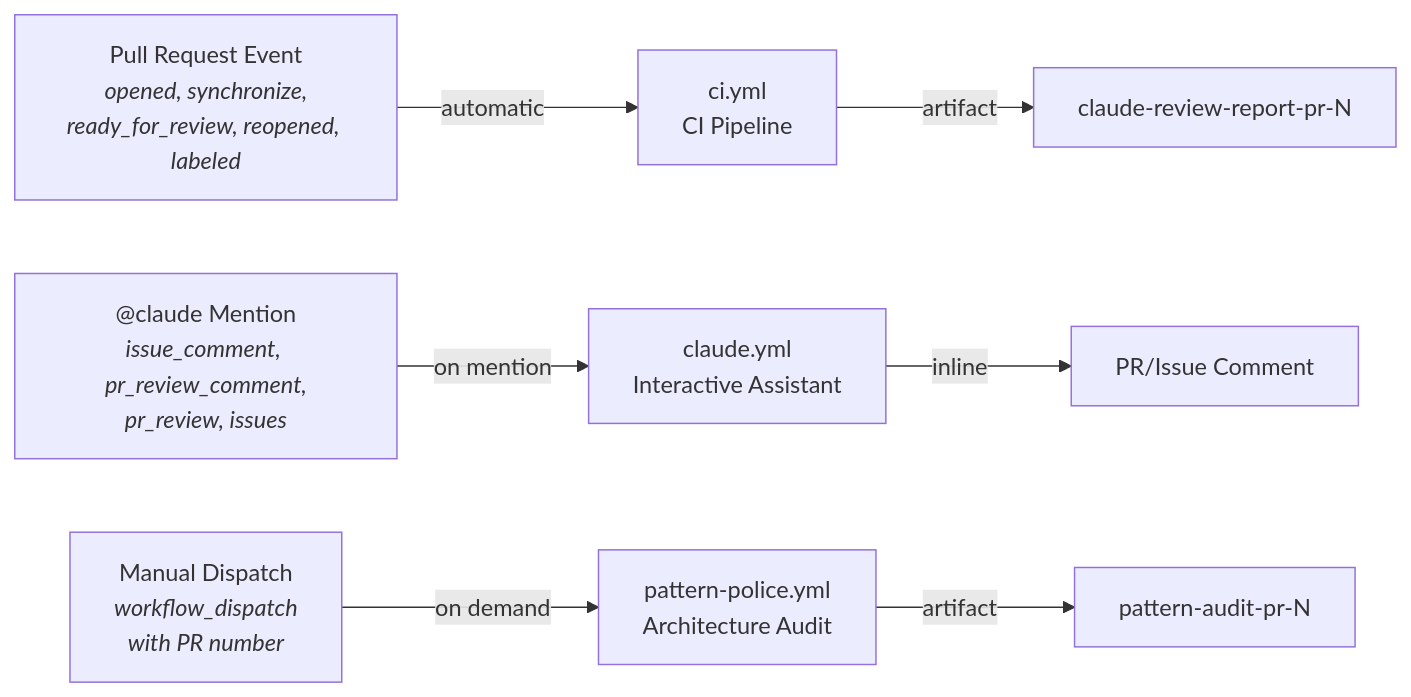
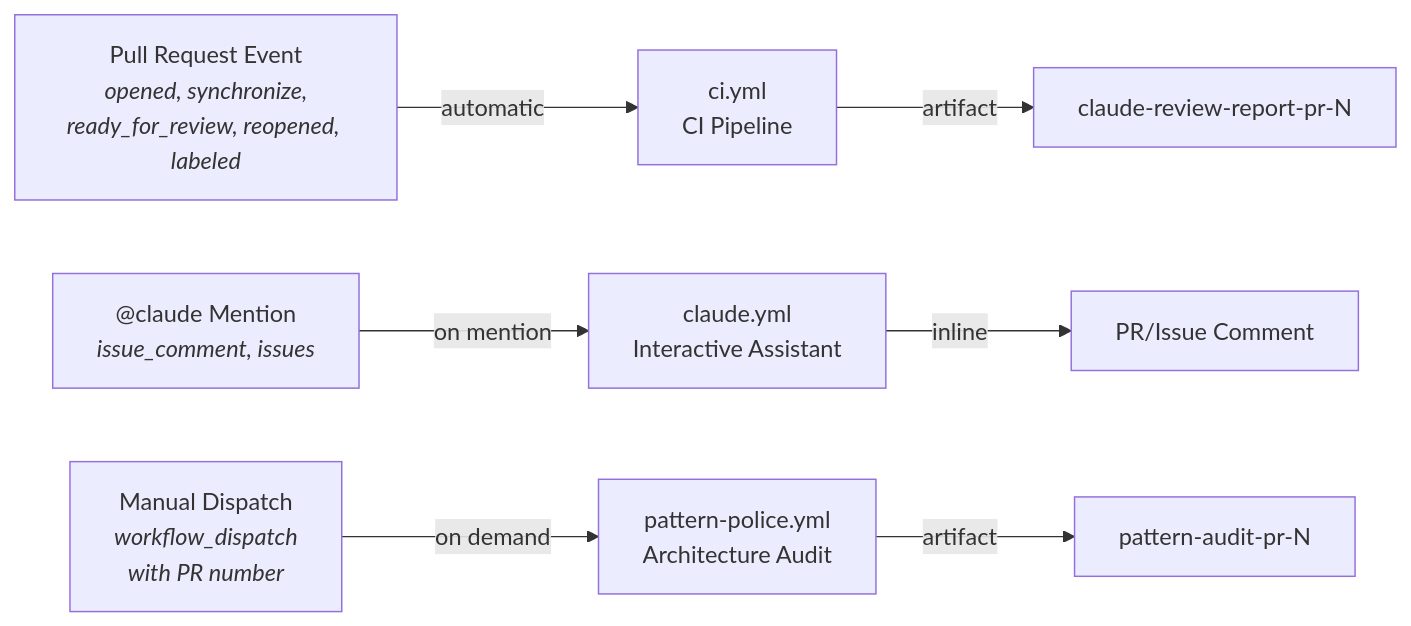
Before and after one commit to kojder/bill-manager-actions: the first of 2 diagrams in wiki/pages/02-Pipeline-Overview.md, drawn with Mermaid. The commit also changed other lines of this file and 3 other files, not shown here.

First line of the commit message:
fix(ci): remove noisy triggers from claude.yml to prevent Actions spam

````diff
--- a/wiki/pages/02-Pipeline-Overview.md
+++ b/wiki/pages/02-Pipeline-Overview.md
@@ -37,10 +37,10 @@
 ```mermaid
 graph LR
     PR["Pull Request Event<br/><i>opened, synchronize,<br/>ready_for_review, reopened, labeled</i>"] -->|automatic| CI["ci.yml<br/>CI Pipeline"]
-    COMMENT["@claude Mention<br/><i>issue_comment, pr_review_comment,<br/>pr_review, issues</i>"] -->|on mention| CLAUDE["claude.yml<br/>Interactive Assistant"]
+    COMMENT["@claude Mention<br/><i>issue_comment, issues</i>"] -->|on mention| CLAUDE["claude.yml<br/>Interactive Assistant"]
     MANUAL["Manual Dispatch<br/><i>workflow_dispatch<br/>with PR number</i>"] -->|on demand| PP["pattern-police.yml<br/>Architecture Audit"]
 
     CI -->|artifact| R1["claude-review-report-pr-N"]
     PP -->|artifact| R2["pattern-audit-pr-N"]
     CLAUDE -->|inline| R3["PR/Issue Comment"]
 ```
````
